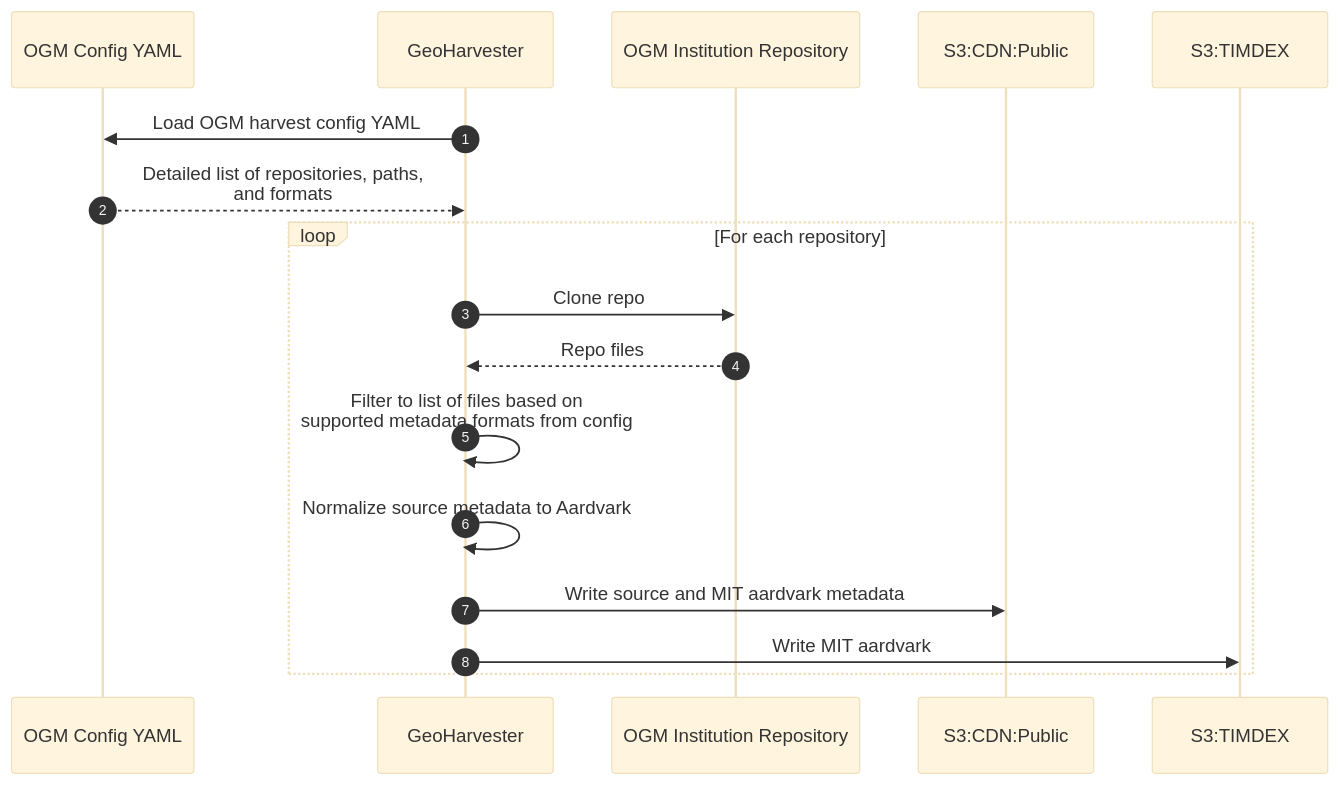
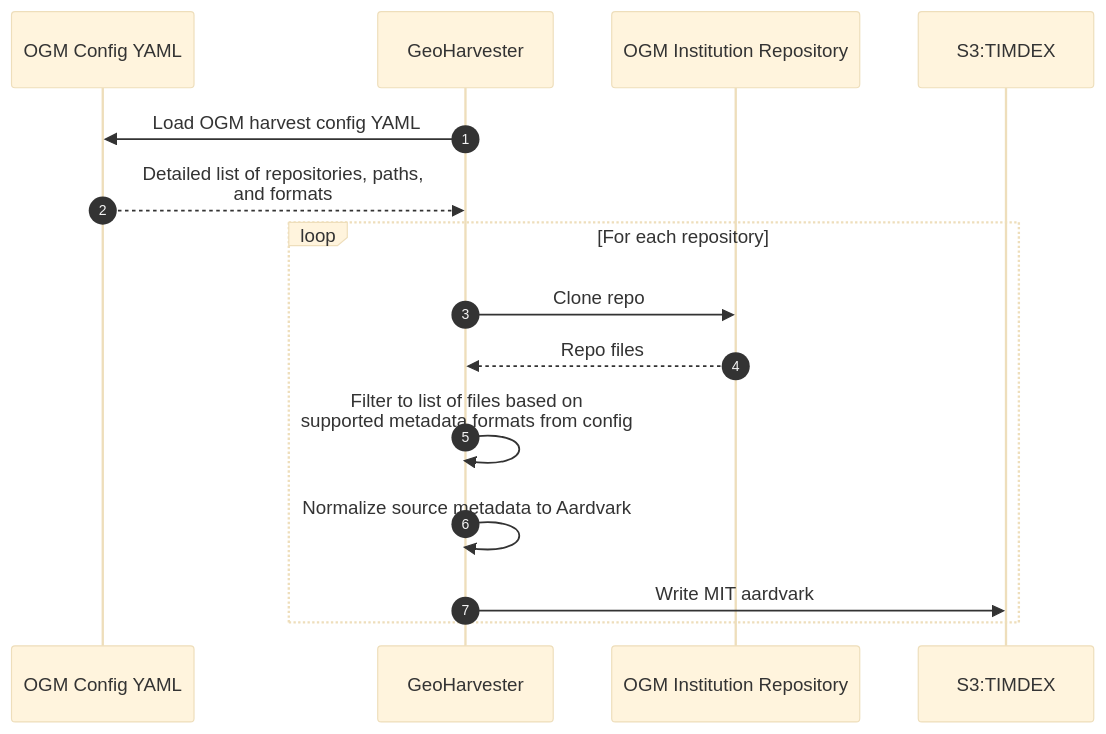
Before and after one commit to MITLibraries/geo-harvester: the first of 2 diagrams in docs/ogm_harvests.md, drawn with Mermaid (base theme). The commit also changed other lines of this file and 9 other files, not shown here.

First line of the commit message:
Only MIT harvests write metadata to public CDN bucket

````diff
--- a/docs/ogm_harvests.md
+++ b/docs/ogm_harvests.md
@@ -9,21 +9,19 @@
 ```mermaid
 sequenceDiagram
     autonumber
     participant ogm_config_yaml as OGM Config YAML
     participant geo_harv as GeoHarvester
     participant ogm_repo as OGM Institution Repository
-    participant s3_cdn_pub as S3:CDN:Public
     participant s3_timdex as S3:TIMDEX
     
     geo_harv->>ogm_config_yaml: Load OGM harvest config YAML
     ogm_config_yaml-->>geo_harv: Detailed list of repositories, paths, <br> and formats
     
     loop For each repository
         geo_harv->>ogm_repo: Clone repo
         ogm_repo-->>geo_harv: Repo files
         geo_harv->>geo_harv: Filter to list of files based on <br> supported metadata formats from config
-        geo_harv->>geo_harv: Normalize source metadata to Aardvark
-        geo_harv->>s3_cdn_pub: Write source and MIT aardvark metadata
+        geo_harv->>geo_harv: Normalize source metadata to Aardvark        
         geo_harv->>s3_timdex: Write MIT aardvark
     end
 ```
````
